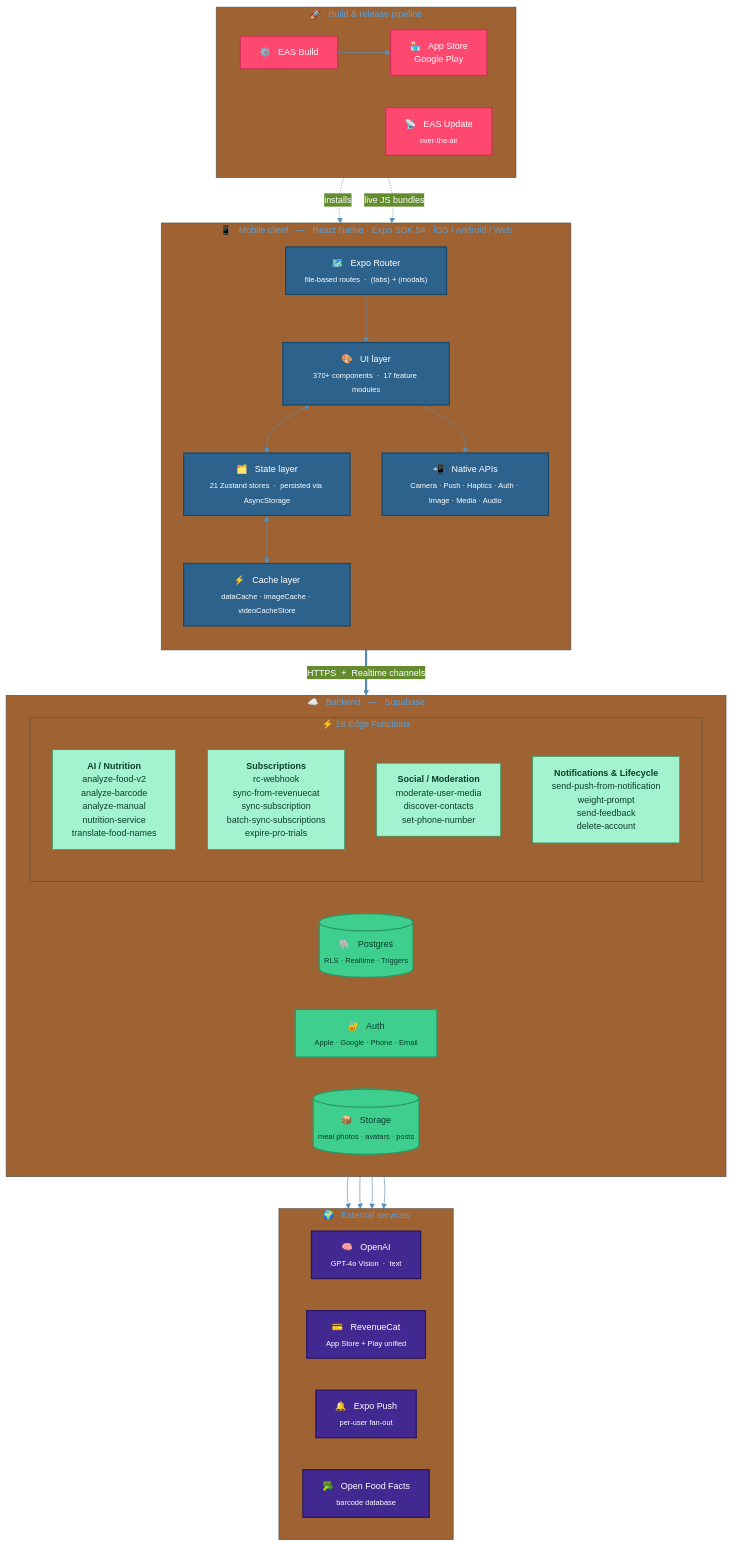
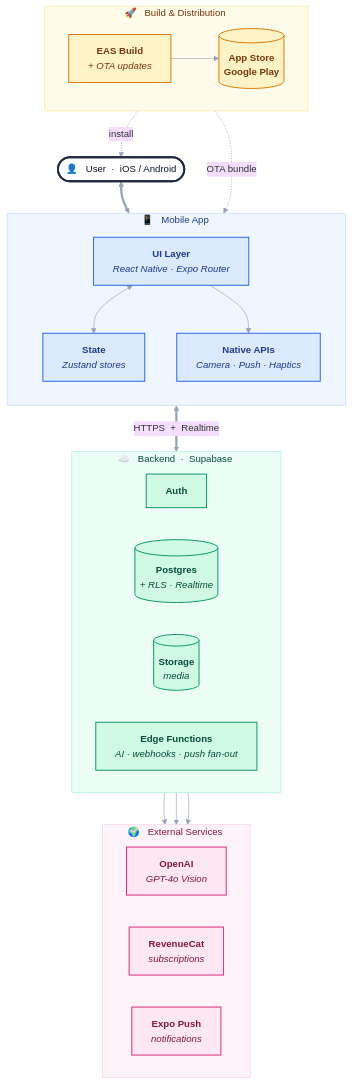
The diagram in README.md (alfonsomayoral/spotter-ai), drawn with Mermaid before and after one commit.

Commit message:
Cleaner architecture diagram: pastel palette + concept-level nodes

````diff
--- a/README.md
+++ b/README.md
@@ -86,67 +86,71 @@
 ```mermaid
-%%{init: {'theme':'base', 'themeVariables': { 'primaryColor':'#2D628C','primaryTextColor':'#fff','primaryBorderColor':'#1a4a6b','lineColor':'#5a8db5','fontFamily':'Inter, sans-serif','fontSize':'14px'}}}%%
+%%{init: {
+  'theme': 'base',
+  'themeVariables': {
+    'fontFamily': 'Inter, system-ui, -apple-system, sans-serif',
+    'fontSize': '15px',
+    'lineColor': '#94a3b8'
+  }
+}}%%
 flowchart TB
 
-  subgraph CLIENT["📱 &nbsp; Mobile client &nbsp; — &nbsp; React Native · Expo SDK 54 · iOS / Android / Web"]
+  User(["👤 &nbsp; User &nbsp;·&nbsp; iOS / Android"])
+
+  subgraph APP[" &nbsp;&nbsp;📱 &nbsp; Mobile App &nbsp;&nbsp; "]
     direction TB
-    Router["🗺️ &nbsp; Expo Router<br/><sub>file-based routes &nbsp;·&nbsp; (tabs) + (modals)</sub>"]
-    UI["🎨 &nbsp; UI layer<br/><sub>370+ components &nbsp;·&nbsp; 17 feature modules</sub>"]
-    Stores["🗂️ &nbsp; State layer<br/><sub>21 Zustand stores &nbsp;·&nbsp; persisted via AsyncStorage</sub>"]
-    Native["📲 &nbsp; Native APIs<br/><sub>Camera · Push · Haptics · Auth · Image · Media · Audio</sub>"]
-    Cache["⚡ &nbsp; Cache layer<br/><sub>dataCache · imageCache · videoCacheStore</sub>"]
-    Router --> UI
-    UI <--> Stores
-    UI --> Native
-    Stores <--> Cache
+    UI["<b>UI Layer</b><br/><i>React Native · Expo Router</i>"]
+    State["<b>State</b><br/><i>Zustand stores</i>"]
+    NativeAPI["<b>Native APIs</b><br/><i>Camera · Push · Haptics</i>"]
+    UI <--> State
+    UI --> NativeAPI
   end
 
-  subgraph BACKEND["☁️ &nbsp; Backend &nbsp; — &nbsp; Supabase"]
+  subgraph BACK[" &nbsp;&nbsp;☁️ &nbsp; Backend &nbsp;·&nbsp; Supabase &nbsp;&nbsp; "]
     direction LR
-    DB[("🐘 &nbsp; Postgres<br/><sub>RLS · Realtime · Triggers</sub>")]
-    AuthSvc["🔐 &nbsp; Auth<br/><sub>Apple · Google · Phone · Email</sub>"]
-    Storage[("📦 &nbsp; Storage<br/><sub>meal photos · avatars · posts</sub>")]
-    subgraph EDGE["⚡ 18 Edge Functions"]
-      direction TB
-      AI["<b>AI / Nutrition</b><br/>analyze-food-v2<br/>analyze-barcode<br/>analyze-manual<br/>nutrition-service<br/>translate-food-names"]
-      Subs["<b>Subscriptions</b><br/>rc-webhook<br/>sync-from-revenuecat<br/>sync-subscription<br/>batch-sync-subscriptions<br/>expire-pro-trials"]
-      Social["<b>Social / Moderation</b><br/>moderate-user-media<br/>discover-contacts<br/>set-phone-number"]
-      Notif["<b>Notifications & Lifecycle</b><br/>send-push-from-notification<br/>weight-prompt<br/>send-feedback<br/>delete-account"]
-    end
+    Auth["<b>Auth</b>"]
+    DB[("<b>Postgres</b><br/><i>+ RLS · Realtime</i>")]
+    Storage[("<b>Storage</b><br/><i>media</i>")]
+    Edge["<b>Edge Functions</b><br/><i>AI · webhooks · push fan-out</i>"]
   end
 
-  subgraph EXTERNAL["🌍 &nbsp; External services"]
+  subgraph SVC[" &nbsp;&nbsp;🌍 &nbsp; External Services &nbsp;&nbsp; "]
     direction LR
-    OpenAI["🧠 &nbsp; OpenAI<br/><sub>GPT-4o Vision &nbsp;·&nbsp; text</sub>"]
-    RC["💳 &nbsp; RevenueCat<br/><sub>App Store + Play unified</sub>"]
-    Push["🔔 &nbsp; Expo Push<br/><sub>per-user fan-out</sub>"]
-    OFF["🥦 &nbsp; Open Food Facts<br/><sub>barcode database</sub>"]
+    OpenAI["<b>OpenAI</b><br/><i>GPT-4o Vision</i>"]
+    RevCat["<b>RevenueCat</b><br/><i>subscriptions</i>"]
+    Push["<b>Expo Push</b><br/><i>notifications</i>"]
   end
 
-  subgraph DEPLOY["🚀 &nbsp; Build & release pipeline"]
+  subgraph DEPLOY[" &nbsp;&nbsp;🚀 &nbsp; Build & Distribution &nbsp;&nbsp; "]
     direction LR
-    EAS["⚙️ &nbsp; EAS Build"]
-    OTA["📡 &nbsp; EAS Update<br/><sub>over-the-air</sub>"]
-    Stores2["🏪 &nbsp; App Store<br/>Google Play"]
+    EAS["<b>EAS Build</b><br/><i>+ OTA updates</i>"]
+    Apps[("<b>App Store</b><br/><b>Google Play</b>")]
   end
 
-  CLIENT ==>|"HTTPS &nbsp;+&nbsp; Realtime channels"| BACKEND
-  AI --> OpenAI
-  AI --> OFF
-  Subs --> RC
-  Notif --> Push
-  EAS --> Stores2
-  Stores2 -.->|"installs"| CLIENT
-  OTA -.->|"live JS bundles"| CLIENT
+  User <==> APP
+  APP <==>|"HTTPS &nbsp;+&nbsp; Realtime"| BACK
+  Edge --> OpenAI
+  Edge --> RevCat
+  Edge --> Push
+  EAS --> Apps
+  Apps -.->|"install"| User
+  EAS -.->|"OTA bundle"| APP
 
-  classDef clientStyle fill:#2D628C,stroke:#1a4a6b,color:#fff,stroke-width:2px
-  classDef backendStyle fill:#3ECF8E,stroke:#2a9968,color:#0a3d2e,stroke-width:2px
-  classDef externalStyle fill:#412991,stroke:#2a1862,color:#fff,stroke-width:2px
-  classDef deployStyle fill:#FE486F,stroke:#c93457,color:#fff,stroke-width:2px
-  classDef edgeFn fill:#a4f3d0,stroke:#2a9968,color:#0a3d2e
+  %% Node colors
+  classDef userNode fill:#ffffff,stroke:#1e293b,color:#0f172a,stroke-width:3px
+  classDef appNode fill:#dbeafe,stroke:#2563eb,color:#1e3a8a,stroke-width:1.5px
+  classDef backNode fill:#d1fae5,stroke:#059669,color:#064e3b,stroke-width:1.5px
+  classDef svcNode fill:#fce7f3,stroke:#db2777,color:#831843,stroke-width:1.5px
+  classDef depNode fill:#fef3c7,stroke:#d97706,color:#78350f,stroke-width:1.5px
 
-  class Router,UI,Stores,Native,Cache clientStyle
-  class DB,AuthSvc,Storage backendStyle
-  class AI,Subs,Social,Notif edgeFn
-  class OpenAI,RC,Push,OFF externalStyle
-  class EAS,OTA,Stores2 deployStyle
+  class User userNode
+  class UI,State,NativeAPI appNode
+  class Auth,DB,Storage,Edge backNode
+  class OpenAI,RevCat,Push svcNode
+  class EAS,Apps depNode
+
+  %% Subgraph backgrounds
+  style APP fill:#eff6ff,stroke:#bfdbfe,stroke-width:1px,color:#1e3a8a
+  style BACK fill:#ecfdf5,stroke:#a7f3d0,stroke-width:1px,color:#064e3b
+  style SVC fill:#fdf2f8,stroke:#fbcfe8,stroke-width:1px,color:#831843
+  style DEPLOY fill:#fffbeb,stroke:#fde68a,stroke-width:1px,color:#78350f
 ```
````
